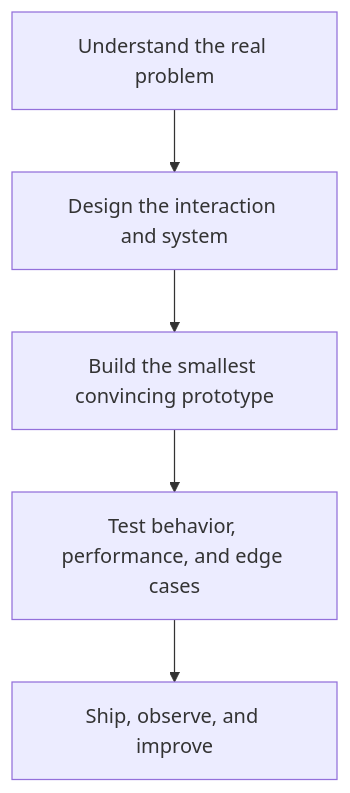
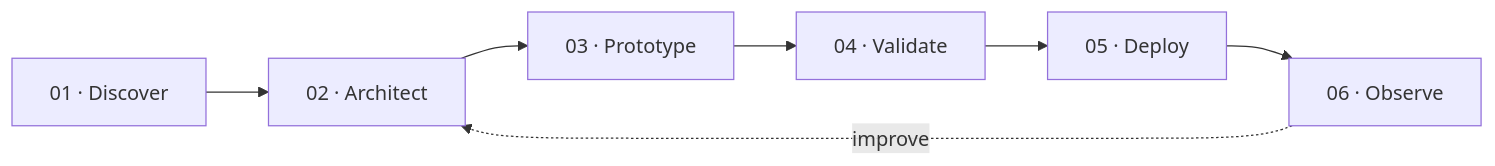
The second of 2 diagrams in README.md (rabiyajeh/rabiyajeh), drawn with Mermaid before and after one commit. The commit also changed other lines of this file, not shown here.

````diff
--- a/README.md
+++ b/README.md
@@ -203,7 +513,9 @@
 ```mermaid
-flowchart TD
-    A["Understand the real problem"] --> B["Design the interaction and system"]
-    B --> C["Build the smallest convincing prototype"]
-    C --> D["Test behavior, performance, and edge cases"]
-    D --> E["Ship, observe, and improve"]
+flowchart LR
+    A["01 · Discover"] --> B["02 · Architect"]
+    B --> C["03 · Prototype"]
+    C --> D["04 · Validate"]
+    D --> E["05 · Deploy"]
+    E --> F["06 · Observe"]
+    F -. improve .-> B
 ```
````
